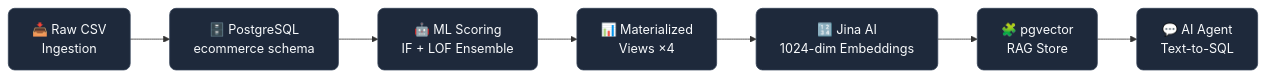
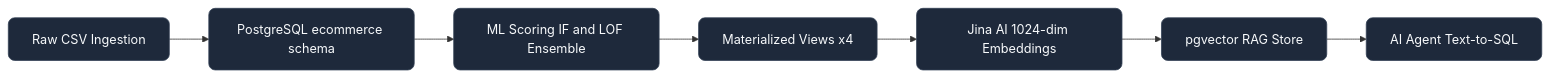
The first of 6 diagrams in README.md (Mohamed-Elmasry16/Recovera-Hybrid-Database-Architecture), drawn with Mermaid before and after one commit. The commit also changed other lines of this file, not shown here.

````diff
--- a/README.md
+++ b/README.md
@@ -105,11 +98,11 @@
 ```mermaid
 flowchart LR
-    A["📥 Raw CSV\nIngestion"]:::step --> B["🗄️ PostgreSQL\necommerce schema"]:::step
-    B --> C["🤖 ML Scoring\nIF + LOF Ensemble"]:::step
-    C --> D["📊 Materialized\nViews ×4"]:::step
-    D --> E["🔢 Jina AI\n1024-dim Embeddings"]:::step
-    E --> F["🧩 pgvector\nRAG Store"]:::step
-    F --> G["💬 AI Agent\nText-to-SQL"]:::step
+    A["Raw CSV Ingestion"]:::step --> B["PostgreSQL ecommerce schema"]:::step
+    B --> C["ML Scoring IF and LOF Ensemble"]:::step
+    C --> D["Materialized Views x4"]:::step
+    D --> E["Jina AI 1024-dim Embeddings"]:::step
+    E --> F["pgvector RAG Store"]:::step
+    F --> G["AI Agent Text-to-SQL"]:::step
 
     classDef step fill:#1e293b,stroke:#334155,color:#f8fafc,rx:8
 ```
````
